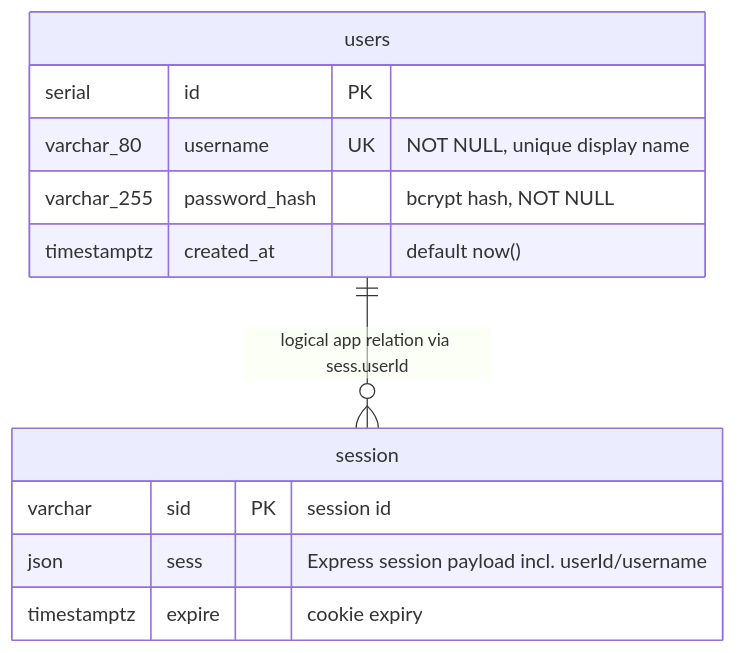
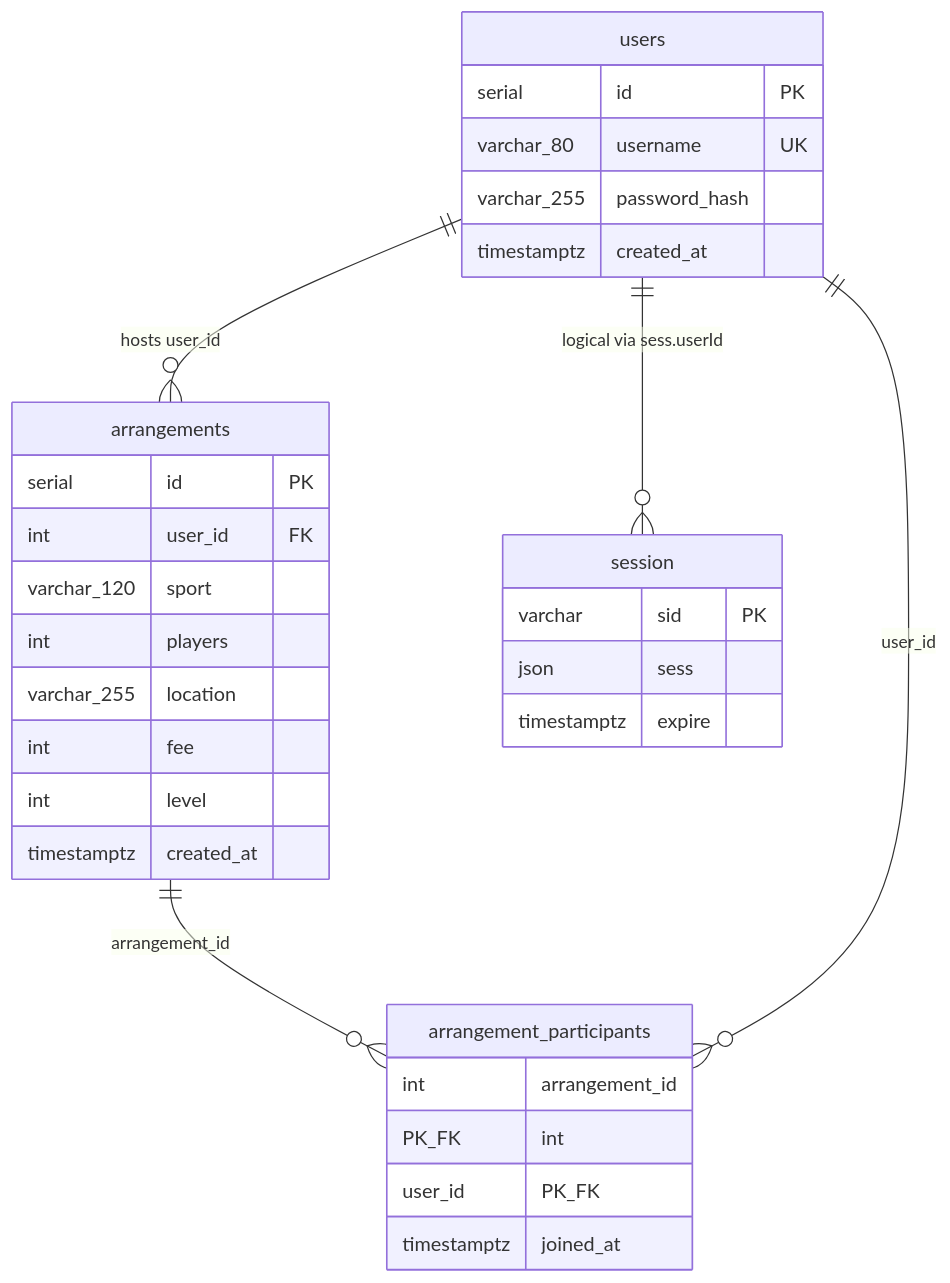
Before and after one commit to opop67/sportsbuddy: the diagram in DATABASE.md, drawn with Mermaid. The commit also changed other lines of this file and 1 other file, not shown here.

Commit message:
Docs: align README and DATABASE with schema, APIs, and Docker setup

````diff
--- a/DATABASE.md
+++ b/DATABASE.md
@@ -44,18 +53,37 @@
 ```mermaid
 erDiagram
   users {
     serial id PK
-    varchar_80 username UK "NOT NULL, unique display name"
-    varchar_255 password_hash "bcrypt hash, NOT NULL"
-    timestamptz created_at "default now()"
+    varchar_80 username UK
+    varchar_255 password_hash
+    timestamptz created_at
+  }
+
+  arrangements {
+    serial id PK
+    int user_id FK
+    varchar_120 sport
+    int players
+    varchar_255 location
+    int fee
+    int level
+    timestamptz created_at
+  }
+
+  arrangement_participants {
+    int arrangement_id PK_FK
+    int user_id PK_FK
+    timestamptz joined_at
   }
 
   session {
-    varchar sid PK "session id"
-    json sess "Express session payload incl. userId/username"
-    timestamptz expire "cookie expiry"
+    varchar sid PK
+    json sess
+    timestamptz expire
   }
 
-  %% Logical relation via sess.userId (not a physical FK constraint)
-  users ||--o{ session : "logical app relation via sess.userId"
+  users ||--o{ arrangements : "hosts user_id"
+  arrangements ||--o{ arrangement_participants : "arrangement_id"
+  users ||--o{ arrangement_participants : "user_id"
+  users ||--o{ session : "logical via sess.userId"
 ```
````
